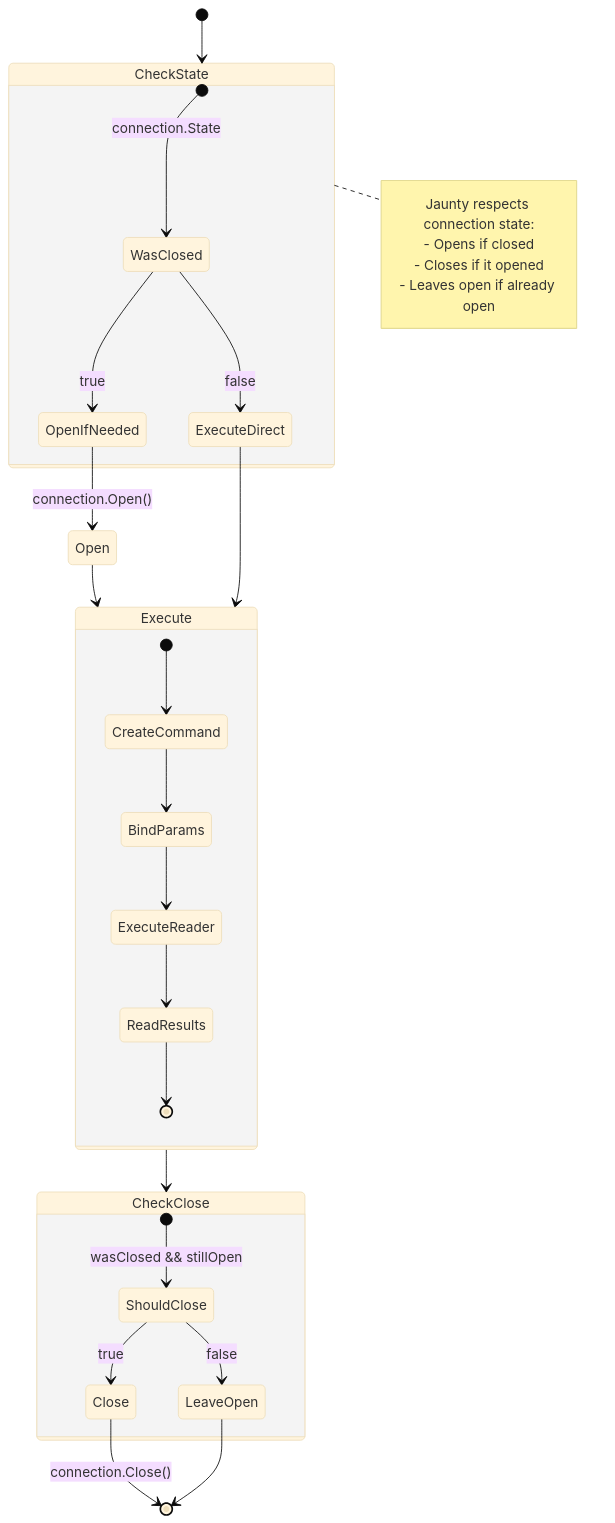
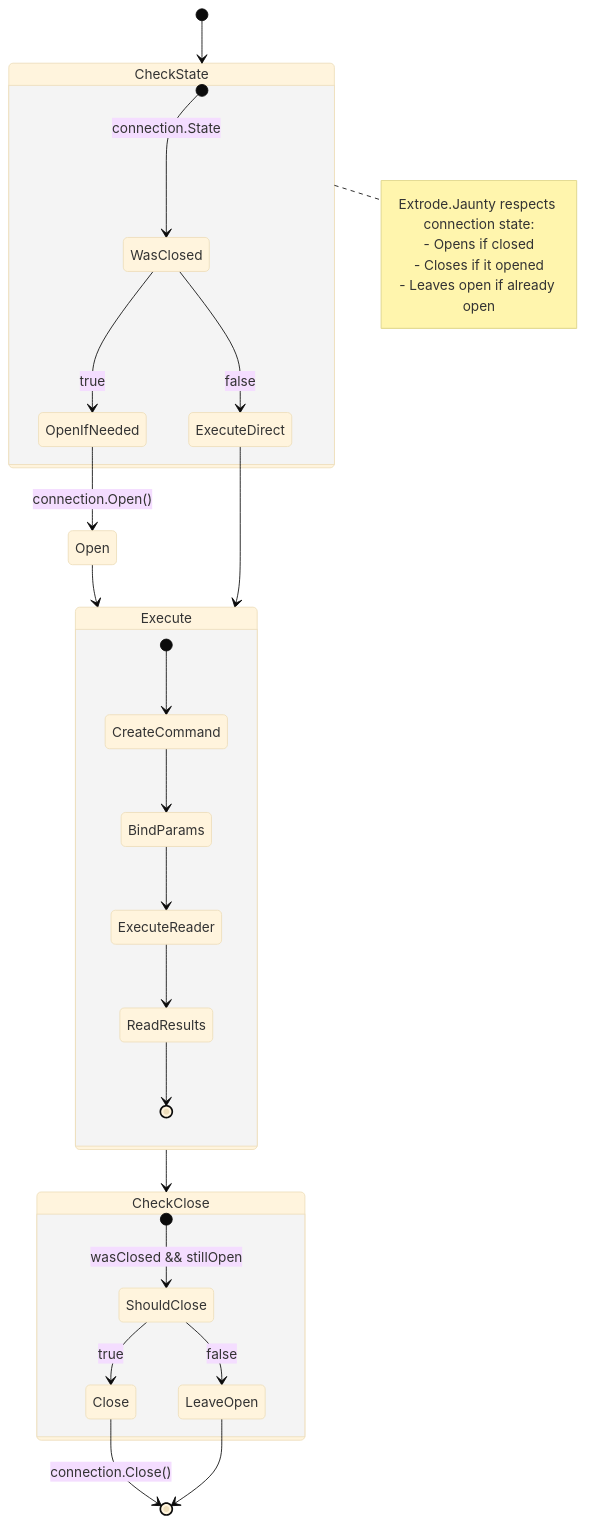
The fifth of 9 diagrams in docs/02-architecture/architecture-visuals.md (extrode/jaunty), drawn with Mermaid (base theme) before and after one commit. The commit also changed other lines of this file and 77 other files, not shown here.

First line of the commit message:
docs: update Extrode.Jaunty.* code references, add breaking-change note

````diff
--- a/docs/02-architecture/architecture-visuals.md
+++ b/docs/02-architecture/architecture-visuals.md
@@ -191,41 +191,41 @@
 ```mermaid
 stateDiagram-v2
     [*] --> CheckState
     
     state CheckState {
         [*] --> WasClosed: connection.State
         WasClosed --> OpenIfNeeded: true
         WasClosed --> ExecuteDirect: false
     }
     
     OpenIfNeeded --> Open: connection.Open()
     Open --> Execute
     
     ExecuteDirect --> Execute
     
     state Execute {
         [*] --> CreateCommand
         CreateCommand --> BindParams
         BindParams --> ExecuteReader
         ExecuteReader --> ReadResults
         ReadResults --> [*]
     }
     
     Execute --> CheckClose
     
     state CheckClose {
         [*] --> ShouldClose: wasClosed && stillOpen
         ShouldClose --> Close: true
         ShouldClose --> LeaveOpen: false
     }
     
     Close --> [*]: connection.Close()
     LeaveOpen --> [*]
     
     note right of CheckState
-        Jaunty respects connection state:
+        Extrode.Jaunty respects connection state:
         - Opens if closed
         - Closes if it opened
         - Leaves open if already open
     end note
 ```
````
